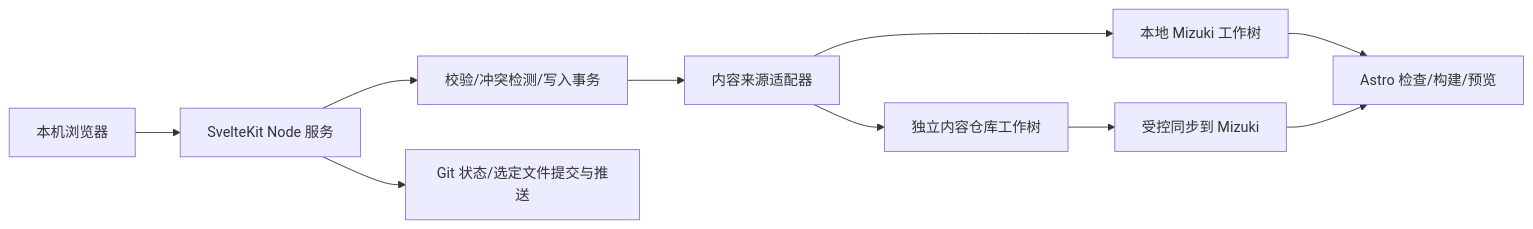
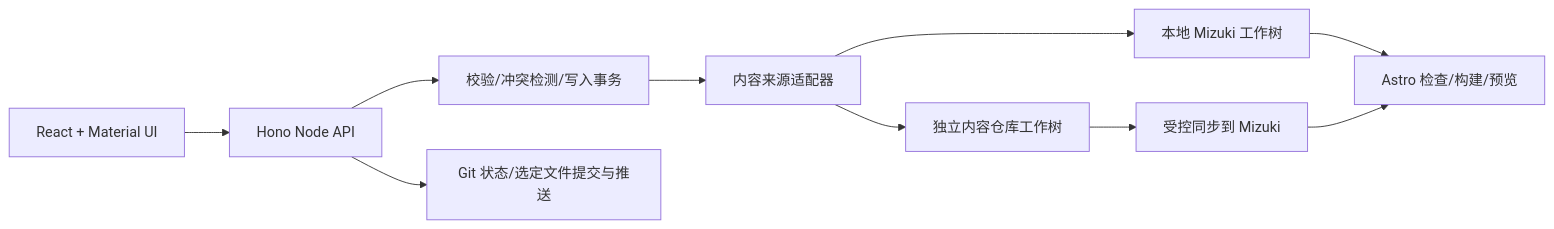
The diagram in docs/DESIGN.md (ee268/MizukiPanel), drawn with Mermaid before and after one commit. The commit also changed other lines of this file and 4 other files, not shown here.

Commit message:
docs(ui): document React and Material UI architecture

````diff
--- a/docs/DESIGN.md
+++ b/docs/DESIGN.md
@@ -71,12 +72,12 @@
 ```mermaid
 flowchart LR
-    UI[本机浏览器] --> App[SvelteKit Node 服务]
+    UI[React + Material UI] --> App[Hono Node API]
     App --> V[校验/冲突检测/写入事务]
     V --> A[内容来源适配器]
     A --> L[本地 Mizuki 工作树]
     A --> E[独立内容仓库工作树]
     E --> S[受控同步到 Mizuki]
     L --> M[Astro 检查/构建/预览]
     S --> M
     App --> G[Git 状态/选定文件提交与推送]
 ```
````
